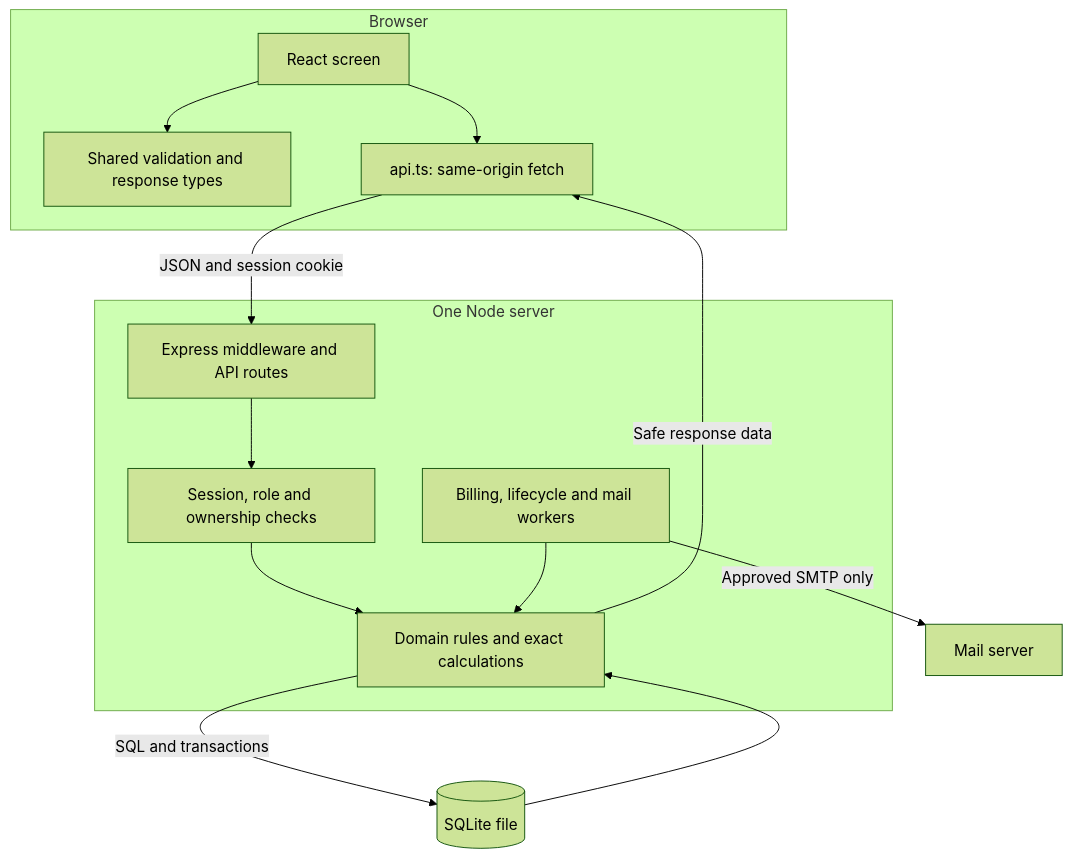
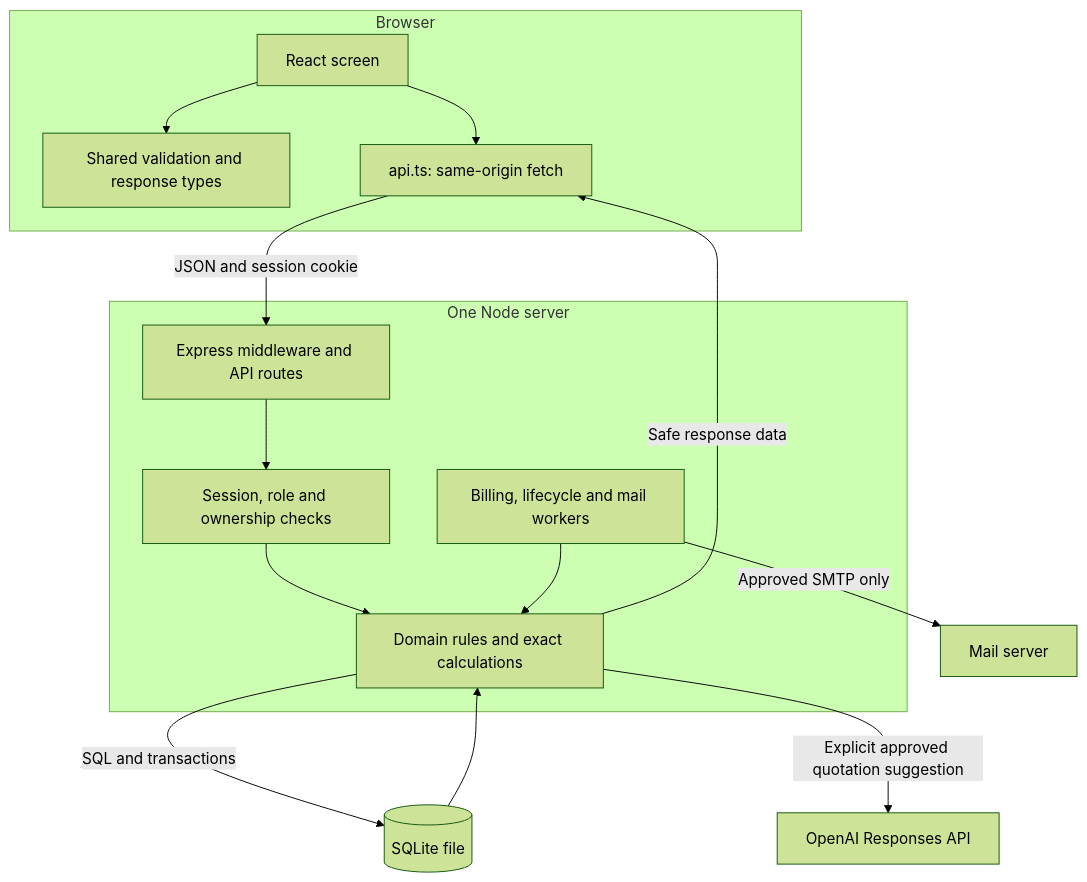
One commit to lakshmir23/SubTrack changed the second of 12 diagrams in docs/working/README.md. Above: the diagram before and after it, drawn with Mermaid (forest theme). The commit also changed other lines of this file, not shown here.

Commit message:
Update project study guide for completed P9 quotation assistance

````diff
--- a/docs/working/README.md
+++ b/docs/working/README.md
@@ -151,23 +157,24 @@
 ```mermaid
 flowchart TB
     subgraph Browser
         UI[React screen]
         SC[Shared validation and response types]
         HTTP[api.ts: same-origin fetch]
         UI --> SC
         UI --> HTTP
     end
     subgraph Node_server[One Node server]
         EX[Express middleware and API routes]
         AUTH[Session, role and ownership checks]
         RULES[Domain rules and exact calculations]
         WORK[Billing, lifecycle and mail workers]
         EX --> AUTH --> RULES
         WORK --> RULES
     end
     HTTP -->|JSON and session cookie| EX
     RULES -->|SQL and transactions| DB[(SQLite file)]
     DB --> RULES
     RULES -->|Safe response data| HTTP
     WORK -->|Approved SMTP only| MAIL[Mail server]
+    RULES -->|Explicit approved quotation suggestion| AI[OpenAI Responses API]
 ```
````
